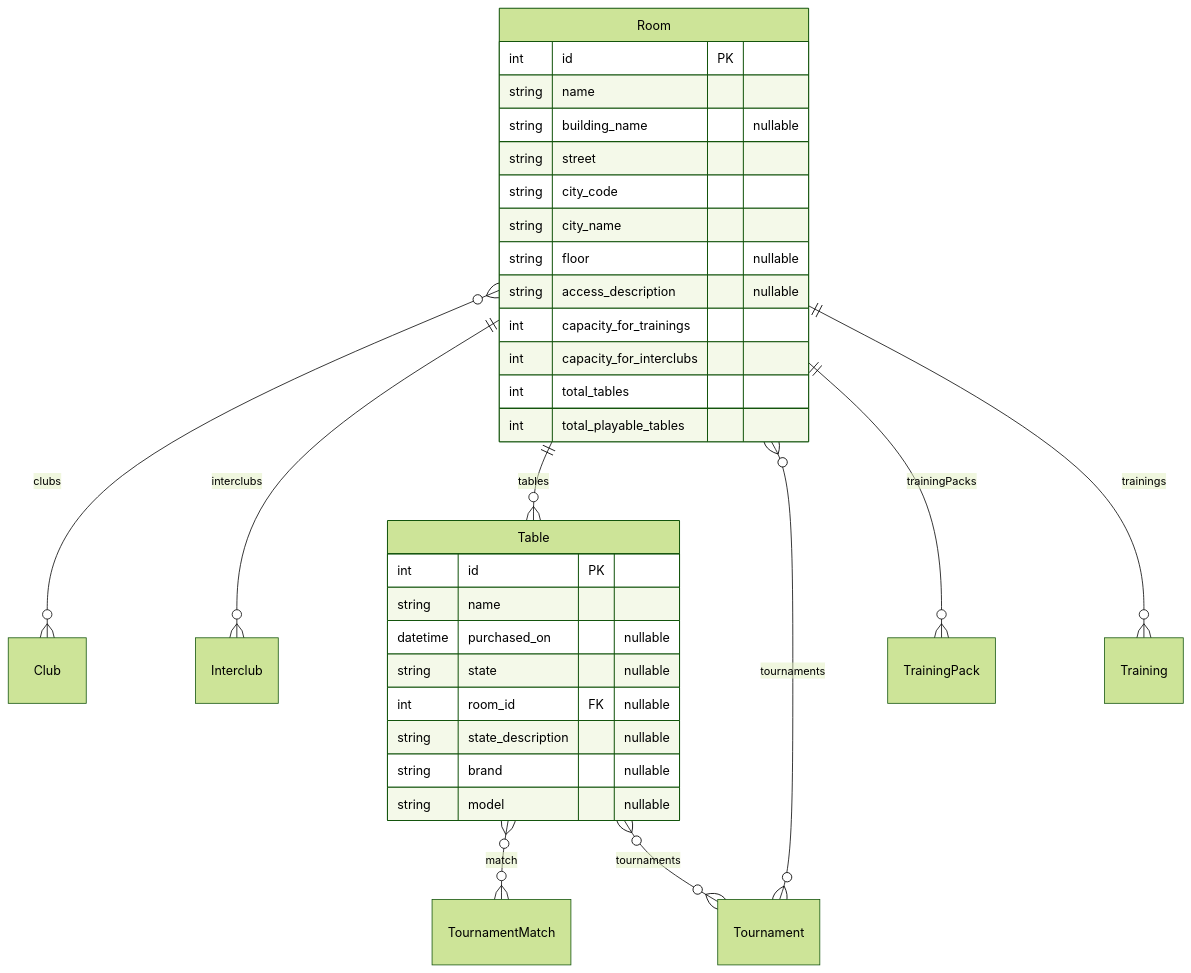
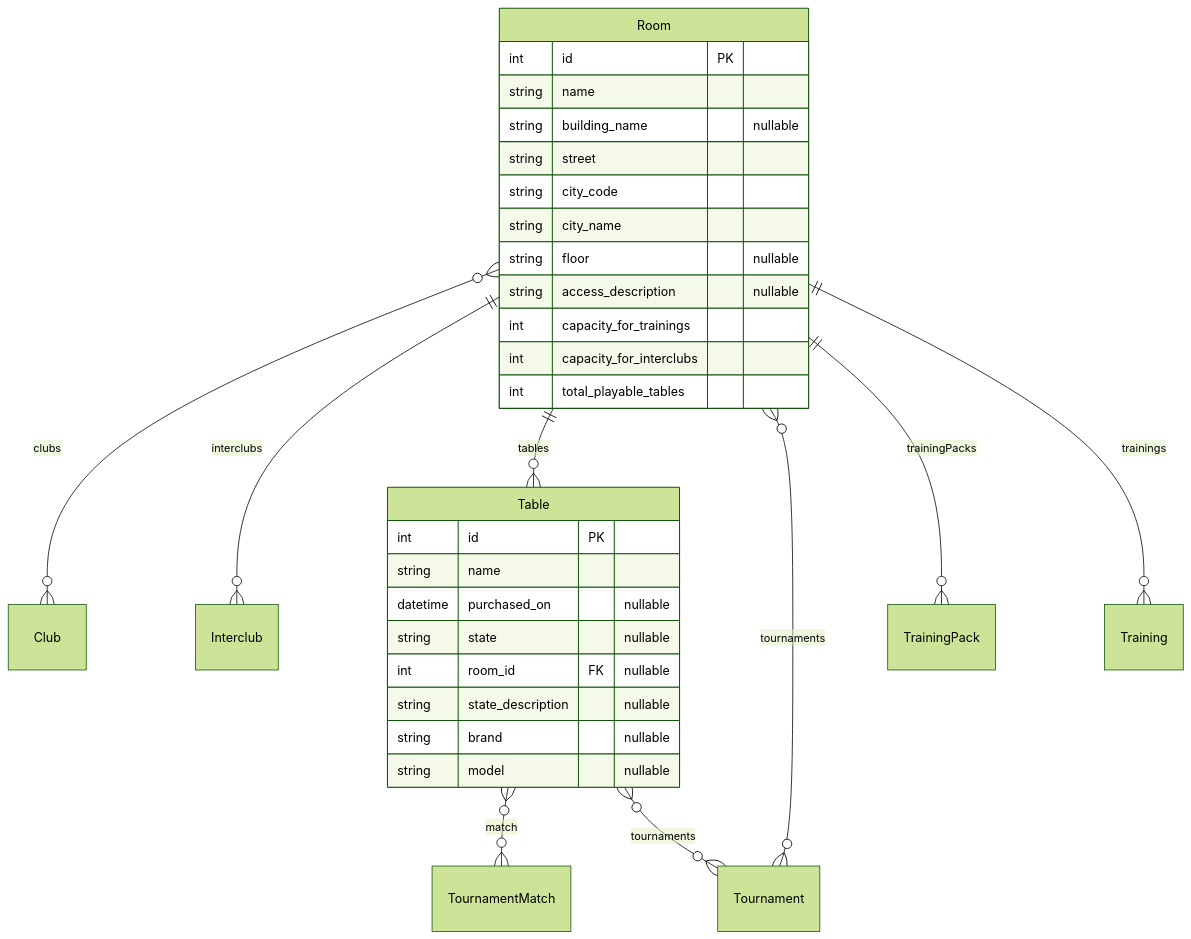
One commit to Paupoo/tabletennisclub-app changed the diagram in docs/erd/clubadmin-club.md. Above: the diagram before and after it, drawn with Mermaid (forest theme). The commit also changed 8 other files, not shown here.

First line of the commit message:
refactor(rooms): drop the denormalised total_tables counter

````diff
--- a/docs/erd/clubadmin-club.md
+++ b/docs/erd/clubadmin-club.md
@@ -3,36 +3,35 @@
 ```mermaid
 erDiagram
     Room {
         int id PK
         string name
         string building_name "nullable"
         string street
         string city_code
         string city_name
         string floor "nullable"
         string access_description "nullable"
         int capacity_for_trainings
         int capacity_for_interclubs
-        int total_tables
         int total_playable_tables
     }
     Table {
         int id PK
         string name
         datetime purchased_on "nullable"
         string state "nullable"
         int room_id FK "nullable"
         string state_description "nullable"
         string brand "nullable"
         string model "nullable"
     }
 
     Room }o--o{ Club : "clubs"
     Room ||--o{ Interclub : "interclubs"
     Room ||--o{ Table : "tables"
     Room }o--o{ Tournament : "tournaments"
     Room ||--o{ TrainingPack : "trainingPacks"
     Room ||--o{ Training : "trainings"
     Table }o--o{ TournamentMatch : "match"
     Table }o--o{ Tournament : "tournaments"
 ```
````
